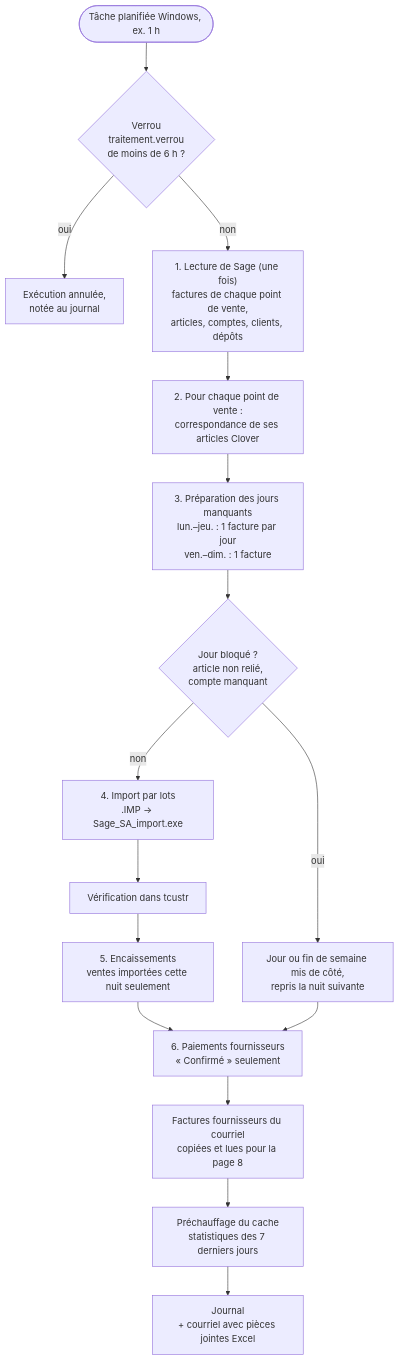
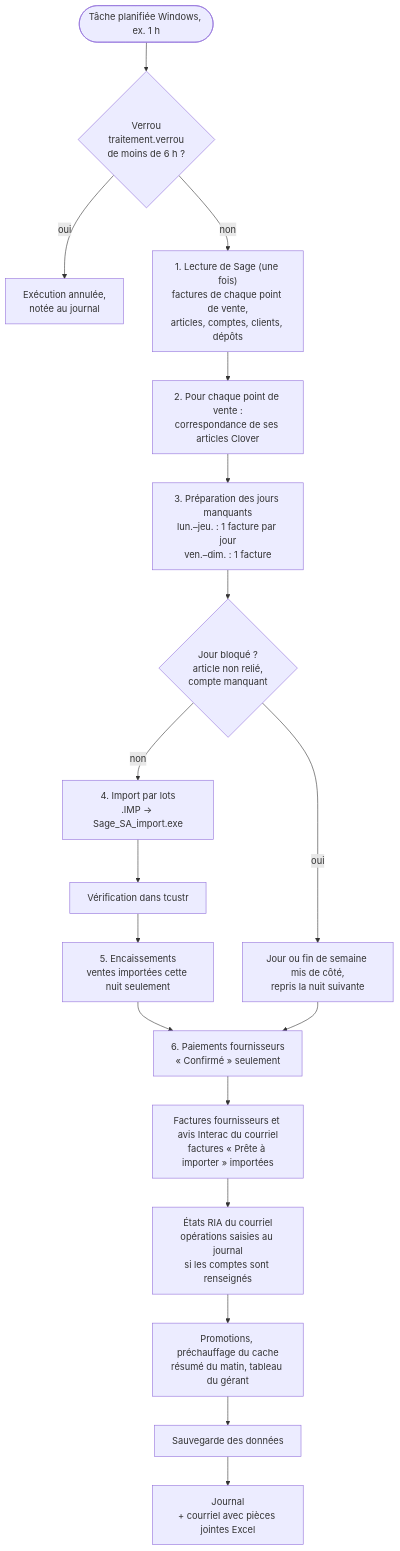
One commit to mteingueng-dot/MVOGMBI_Sync_2026.1 changed the fourth of 14 diagrams in ARCHITECTURE.md. Above: the diagram before and after it, drawn with Mermaid. The commit also changed other lines of this file and 27 other files, not shown here.

````diff
--- a/ARCHITECTURE.md
+++ b/ARCHITECTURE.md
@@ -225,18 +242,20 @@
 ```mermaid
 flowchart TD
     A(["Tâche planifiée Windows, ex. 1 h"]) --> B{"Verrou<br/>traitement.verrou<br/>de moins de 6 h ?"}
     B -- oui --> Z1["Exécution annulée,<br/>notée au journal"]
     B -- non --> C["1. Lecture de Sage (une fois)<br/>factures de chaque point de vente,<br/>articles, comptes, clients, dépôts"]
     C --> D["2. Pour chaque point de vente :<br/>correspondance de ses articles Clover"]
     D --> E["3. Préparation des jours manquants<br/>lun.–jeu. : 1 facture par jour<br/>ven.–dim. : 1 facture"]
     E --> F{"Jour bloqué ?<br/>article non relié,<br/>compte manquant"}
     F -- oui --> G["Jour ou fin de semaine mis de côté,<br/>repris la nuit suivante"]
     F -- non --> H["4. Import par lots<br/>.IMP → Sage_SA_import.exe"]
     H --> I["Vérification dans tcustr"]
     I --> J["5. Encaissements<br/>ventes importées cette nuit seulement"]
     J --> K["6. Paiements fournisseurs<br/>« Confirmé » seulement"]
     G --> K
-    K --> K2["Factures fournisseurs du courriel<br/>copiées et lues pour la page 8"]
-    K2 --> L["Préchauffage du cache<br/>statistiques des 7 derniers jours"]
-    L --> M["Journal<br/>+ courriel avec pièces jointes Excel"]
+    K --> K2["Factures fournisseurs et avis Interac du courriel<br/>factures « Prête à importer » importées"]
+    K2 --> K3["États RIA du courriel<br/>opérations saisies au journal<br/>si les comptes sont renseignés"]
+    K3 --> L["Promotions, préchauffage du cache<br/>résumé du matin, tableau du gérant"]
+    L --> L2["Sauvegarde des données"]
+    L2 --> M["Journal<br/>+ courriel avec pièces jointes Excel"]
 ```
````
